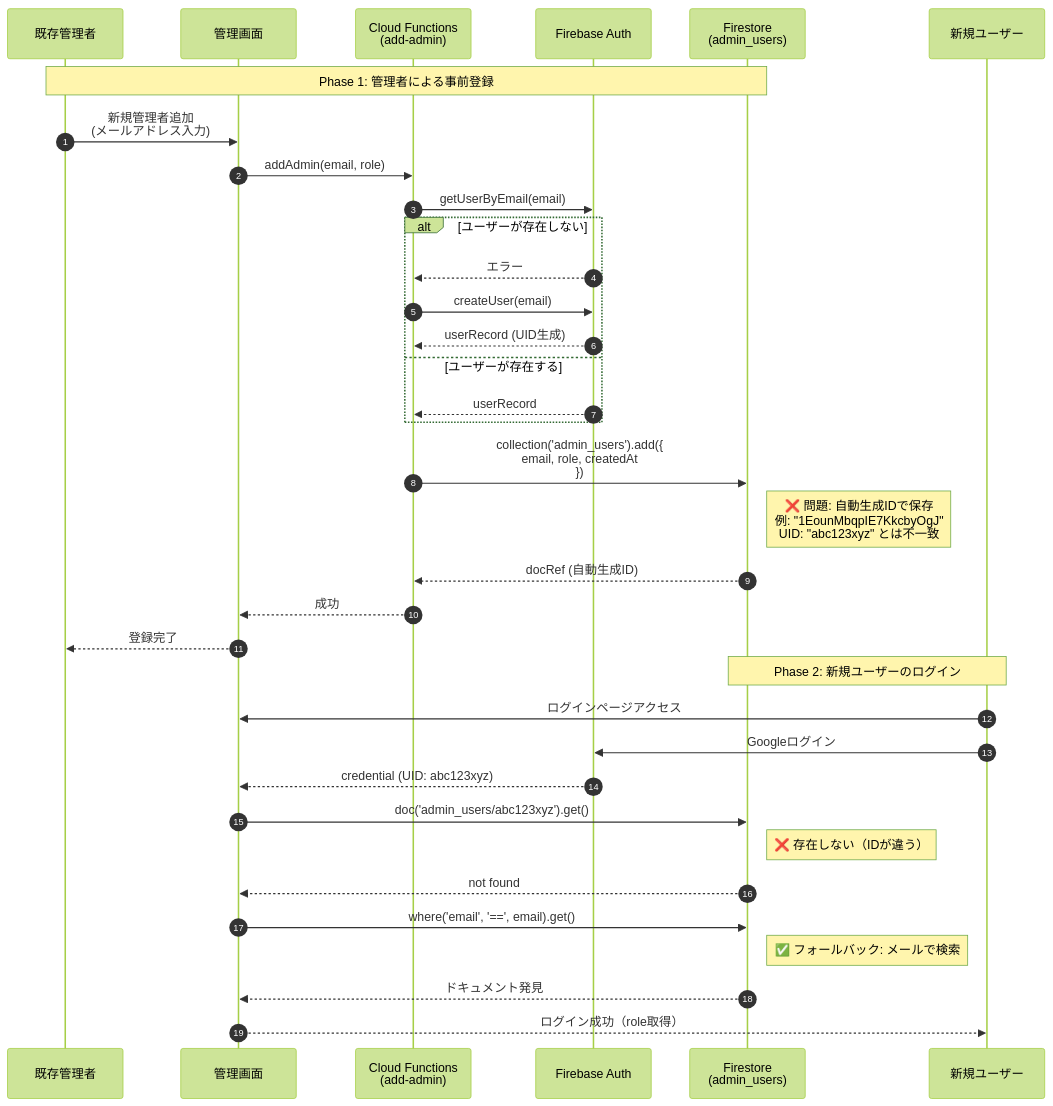
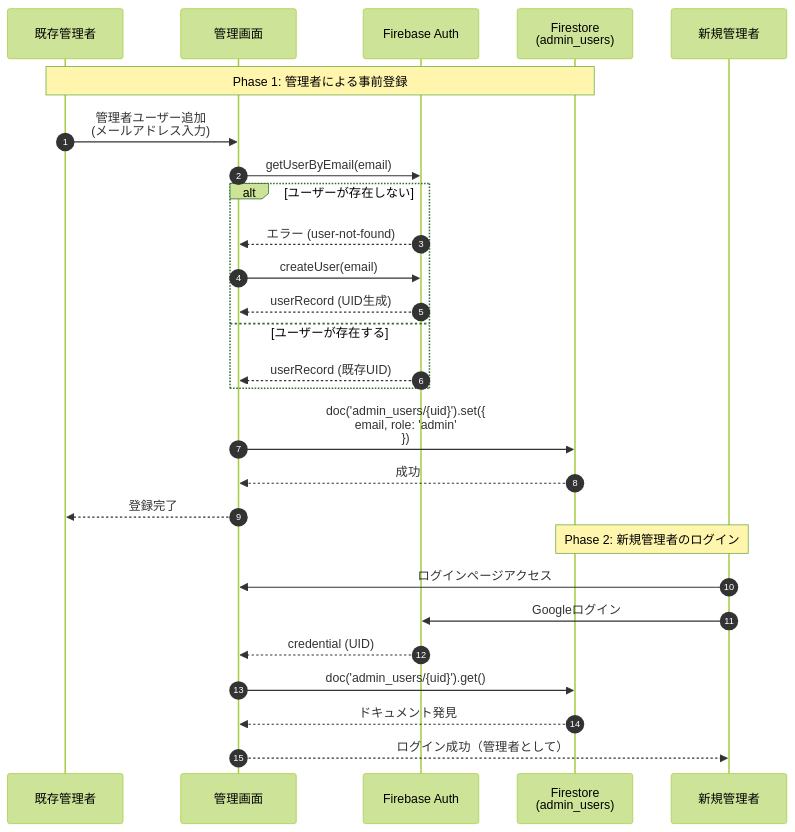
One commit to togawa-design/togawa-design.github.io changed the first of 6 diagrams in docs/system/admin-user-registration-flow.md. Above: the diagram before and after it, drawn with Mermaid (forest theme). The commit also changed other lines of this file, not shown here.

````diff
--- a/docs/system/admin-user-registration-flow.md
+++ b/docs/system/admin-user-registration-flow.md
@@ -37,43 +25,34 @@
 ```mermaid
 sequenceDiagram
     autonumber
     participant Admin as 既存管理者
     participant Console as 管理画面
-    participant CF as Cloud Functions<br/>(add-admin)
     participant Auth as Firebase Auth
     participant FS as Firestore<br/>(admin_users)
-    participant NewUser as 新規ユーザー
+    participant NewUser as 新規管理者
 
     Note over Admin,FS: Phase 1: 管理者による事前登録
-    Admin->>Console: 新規管理者追加<br/>(メールアドレス入力)
-    Console->>CF: addAdmin(email, role)
-    CF->>Auth: getUserByEmail(email)
+    Admin->>Console: 管理者ユーザー追加<br/>(メールアドレス入力)
+    Console->>Auth: getUserByEmail(email)
 
     alt ユーザーが存在しない
-        Auth-->>CF: エラー
-        CF->>Auth: createUser(email)
-        Auth-->>CF: userRecord (UID生成)
+        Auth-->>Console: エラー (user-not-found)
+        Console->>Auth: createUser(email)
+        Auth-->>Console: userRecord (UID生成)
     else ユーザーが存在する
-        Auth-->>CF: userRecord
+        Auth-->>Console: userRecord (既存UID)
     end
 
-    CF->>FS: collection('admin_users').add({<br/>  email, role, createdAt<br/>})
-    Note right of FS: ❌ 問題: 自動生成IDで保存<br/>例: "1EounMbqpIE7KkcbyOgJ"<br/>UID: "abc123xyz" とは不一致
-    FS-->>CF: docRef (自動生成ID)
-    CF-->>Console: 成功
+    Console->>FS: doc('admin_users/{uid}').set({<br/>  email, role: 'admin'<br/>})
+    FS-->>Console: 成功
     Console-->>Admin: 登録完了
 
-    Note over NewUser,FS: Phase 2: 新規ユーザーのログイン
+    Note over NewUser,FS: Phase 2: 新規管理者のログイン
     NewUser->>Console: ログインページアクセス
     NewUser->>Auth: Googleログイン
-    Auth-->>Console: credential (UID: abc123xyz)
+    Auth-->>Console: credential (UID)
 
-    Console->>FS: doc('admin_users/abc123xyz').get()
-    Note right of FS: ❌ 存在しない（IDが違う）
-    FS-->>Console: not found
-
-    Console->>FS: where('email', '==', email).get()
-    Note right of FS: ✅ フォールバック: メールで検索
+    Console->>FS: doc('admin_users/{uid}').get()
     FS-->>Console: ドキュメント発見
-    Console-->>NewUser: ログイン成功（role取得）
+    Console-->>NewUser: ログイン成功（管理者として）
 ```
````
